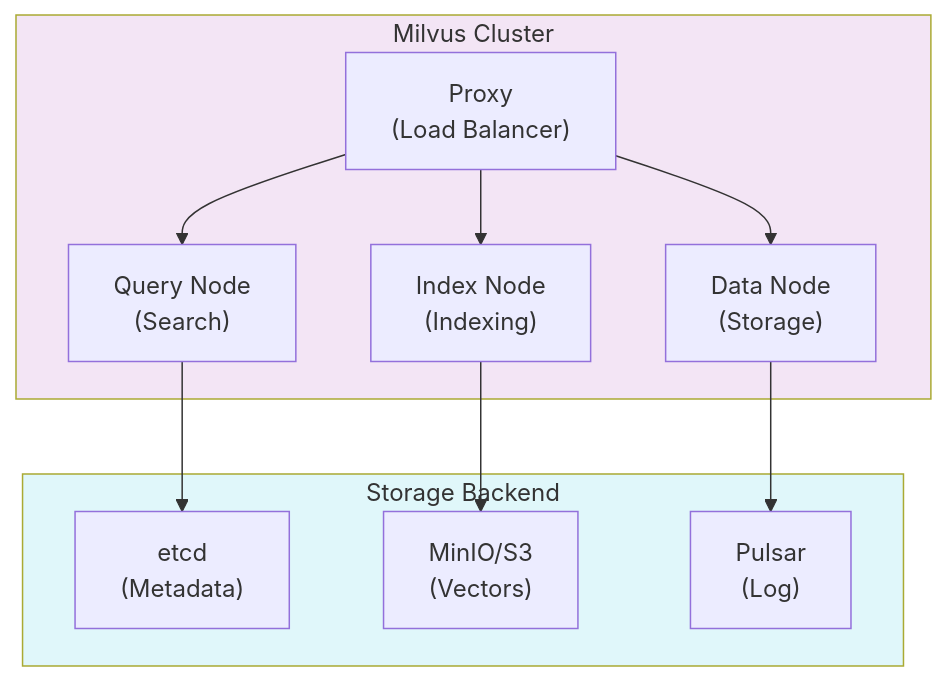
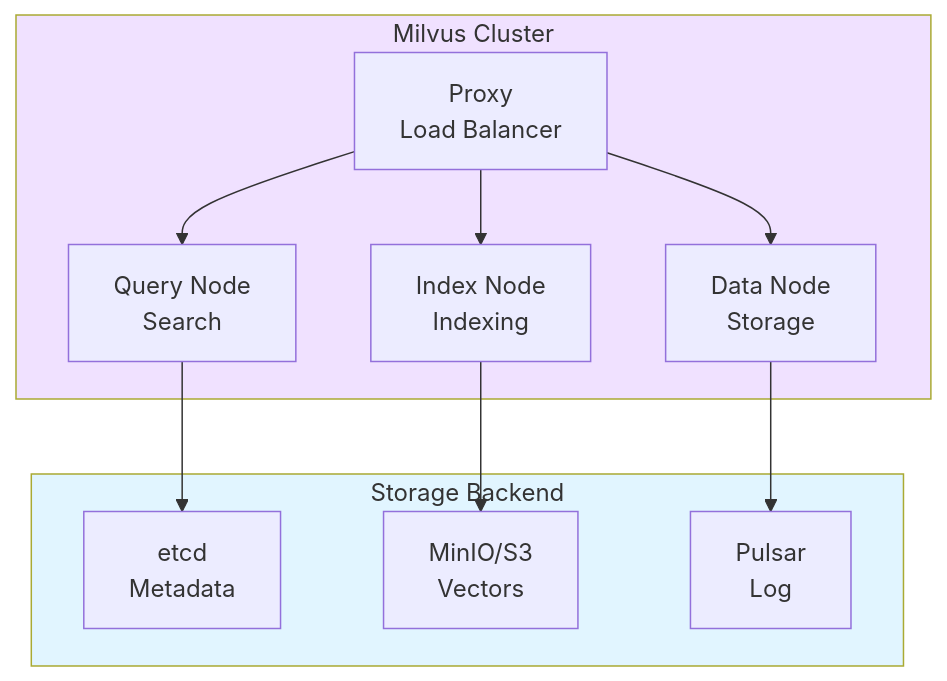
The third of 10 diagrams in docs/agentic-ai-platform/design-architecture/agentic-platform-architecture.md (devfloor9/engineering-playbook), drawn with Mermaid before and after one commit. The commit also changed other lines of this file and 24 other files, not shown here.

````diff
--- a/docs/agentic-ai-platform/design-architecture/agentic-platform-architecture.md
+++ b/docs/agentic-ai-platform/design-architecture/agentic-platform-architecture.md
@@ -206,25 +206,25 @@
 ```mermaid
-graph TB
+flowchart TD
     subgraph MilvusCluster["Milvus Cluster"]
-        PROXY["Proxy<br/>(Load Balancer)"]
-        QUERY["Query Node<br/>(Search)"]
-        INDEX["Index Node<br/>(Indexing)"]
-        DATA["Data Node<br/>(Storage)"]
+        PROXY["Proxy<br/>Load Balancer"]
+        QUERY["Query Node<br/>Search"]
+        INDEX["Index Node<br/>Indexing"]
+        DATA["Data Node<br/>Storage"]
     end
 
     subgraph Storage["Storage Backend"]
-        ETCD["etcd<br/>(Metadata)"]
-        MINIO["MinIO/S3<br/>(Vectors)"]
-        PULSAR["Pulsar<br/>(Log)"]
+        ETCD["etcd<br/>Metadata"]
+        MINIO["MinIO/S3<br/>Vectors"]
+        PULSAR["Pulsar<br/>Log"]
     end
 
     PROXY --> QUERY
     PROXY --> INDEX
     PROXY --> DATA
     QUERY --> ETCD
     INDEX --> MINIO
     DATA --> PULSAR
 
-    style MilvusCluster fill:#f3e5f5
-    style Storage fill:#e0f7fa
+    style MilvusCluster fill:#f0e1ff
+    style Storage fill:#e1f5ff
 ```
````
